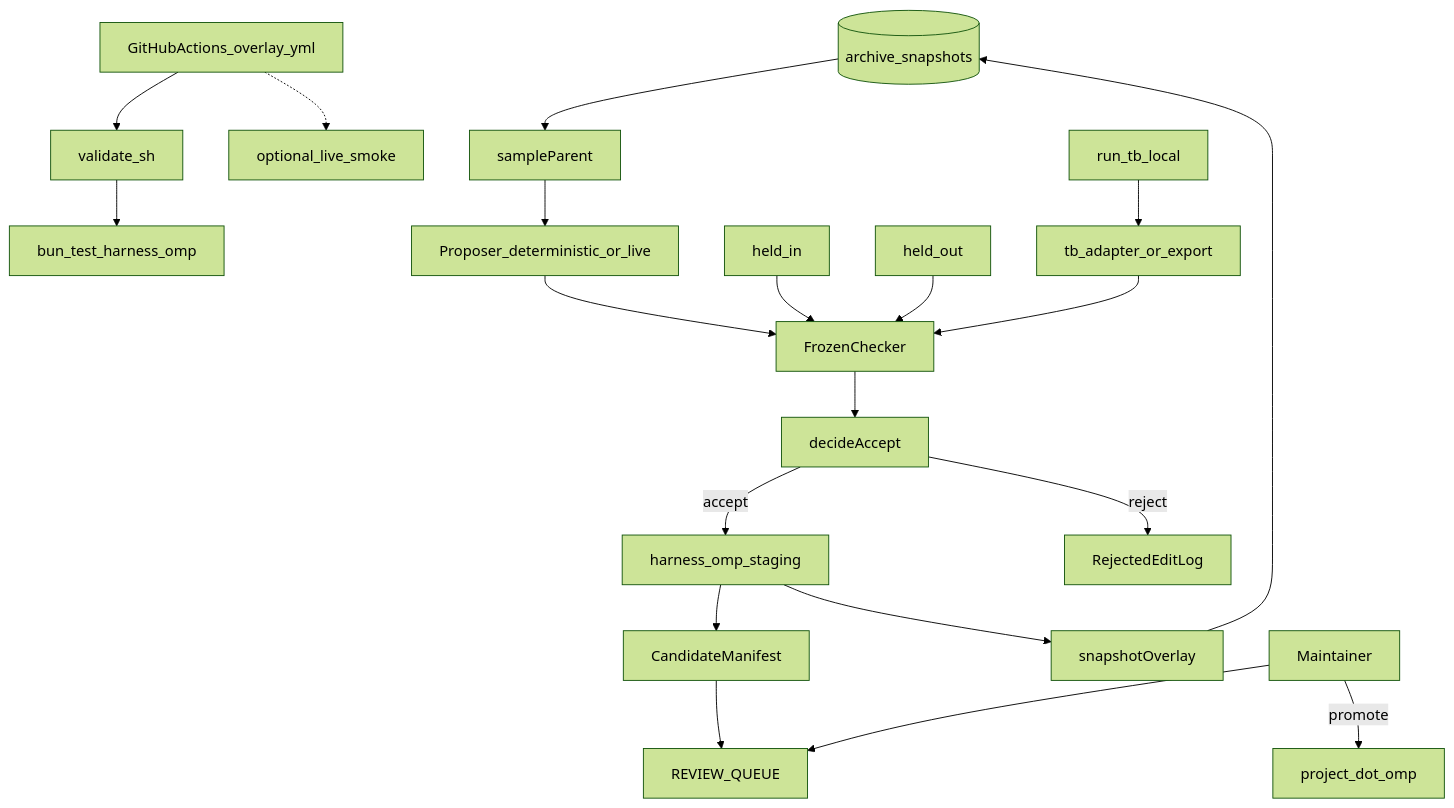
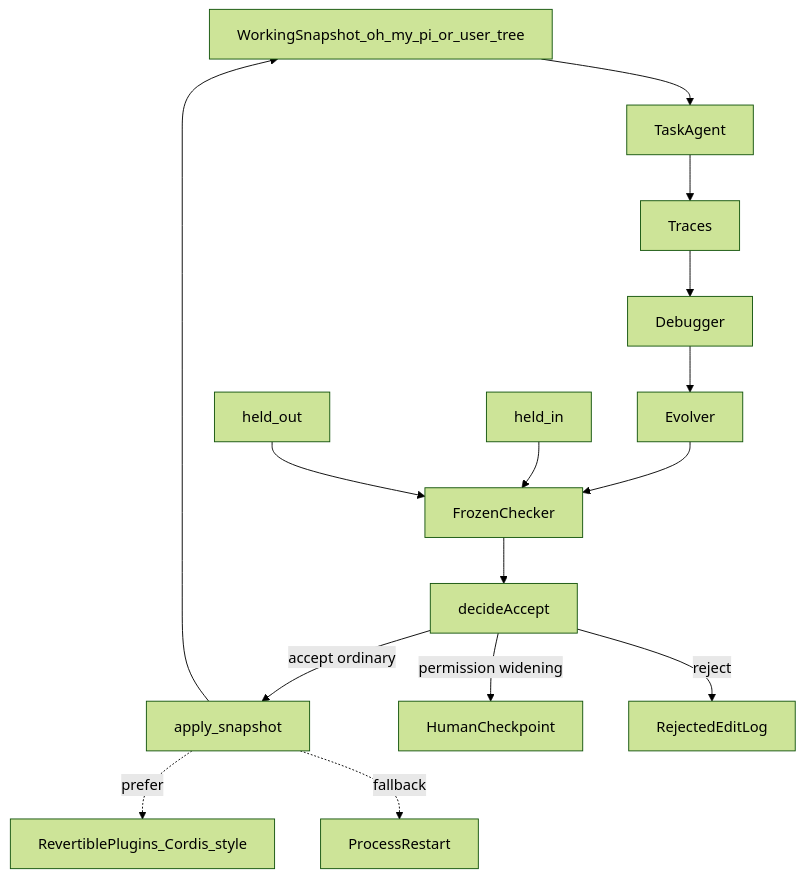
Before and after one commit to Vinayak-RZ/Improveness: the first of 2 diagrams in IMPLEMENTATION_PLAN.md, drawn with Mermaid (forest theme). The commit also changed other lines of this file and 26 other files, not shown here.

First line of the commit message:
docs(vision): adopt D14 snapshot-apply and spatiotemporal composability

````diff
--- a/IMPLEMENTATION_PLAN.md
+++ b/IMPLEMENTATION_PLAN.md
@@ -109,22 +102,18 @@
 ```mermaid
 flowchart TD
-  ci[GitHubActions_overlay_yml] --> validate[validate_sh]
-  validate --> unit[bun_test_harness_omp]
-  ci -.-> smoke[optional_live_smoke]
-  archive[(archive_snapshots)] --> sample[sampleParent]
-  sample --> propose[Proposer_deterministic_or_live]
-  propose --> checker[FrozenChecker]
+  snapshot[WorkingSnapshot_oh_my_pi_or_user_tree]
+  snapshot --> task[TaskAgent]
+  task --> traces[Traces]
+  traces --> dbg[Debugger]
+  dbg --> evolver[Evolver]
+  evolver --> checker[FrozenChecker]
   heldIn[held_in] --> checker
   heldOut[held_out] --> checker
   checker --> decide[decideAccept]
-  decide -->|accept| staging[harness_omp_staging]
-  staging --> manifest[CandidateManifest]
-  manifest --> queue[REVIEW_QUEUE]
-  staging --> snap[snapshotOverlay]
-  snap --> archive
+  decide -->|accept ordinary| apply[apply_snapshot]
+  apply --> snapshot
+  decide -->|permission widening| human[HumanCheckpoint]
   decide -->|reject| rejectLog[RejectedEditLog]
-  human[Maintainer] --> queue
-  human -->|promote| overlay[project_dot_omp]
-  tbLocal[run_tb_local] --> adapter[tb_adapter_or_export]
-  adapter --> checker
+  apply -.->|prefer| plugins[RevertiblePlugins_Cordis_style]
+  apply -.->|fallback| restart[ProcessRestart]
 ```
````
